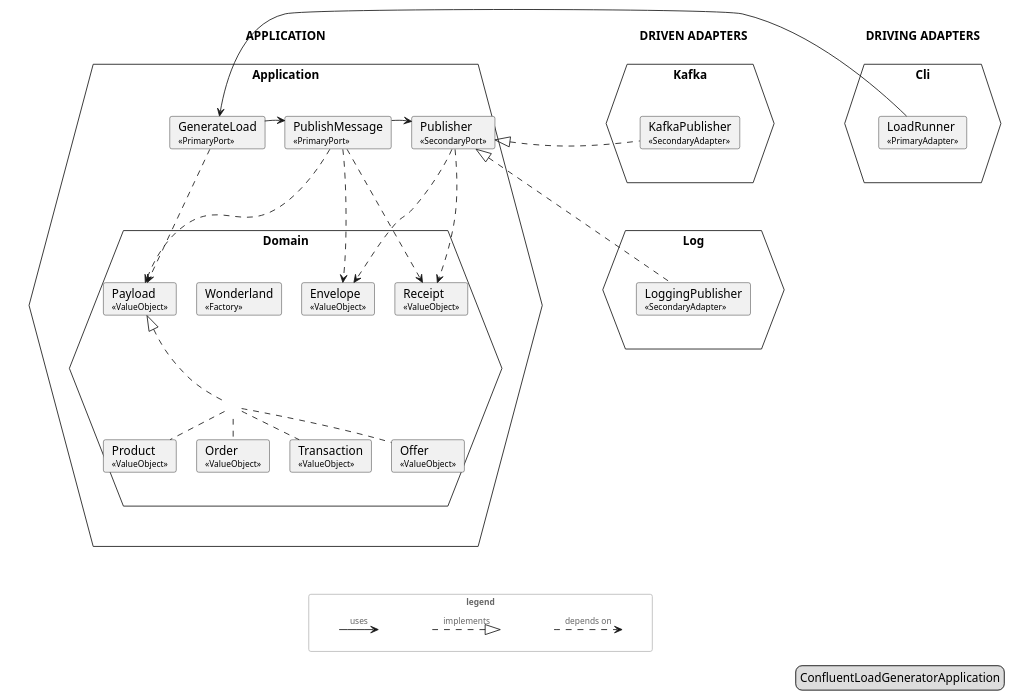
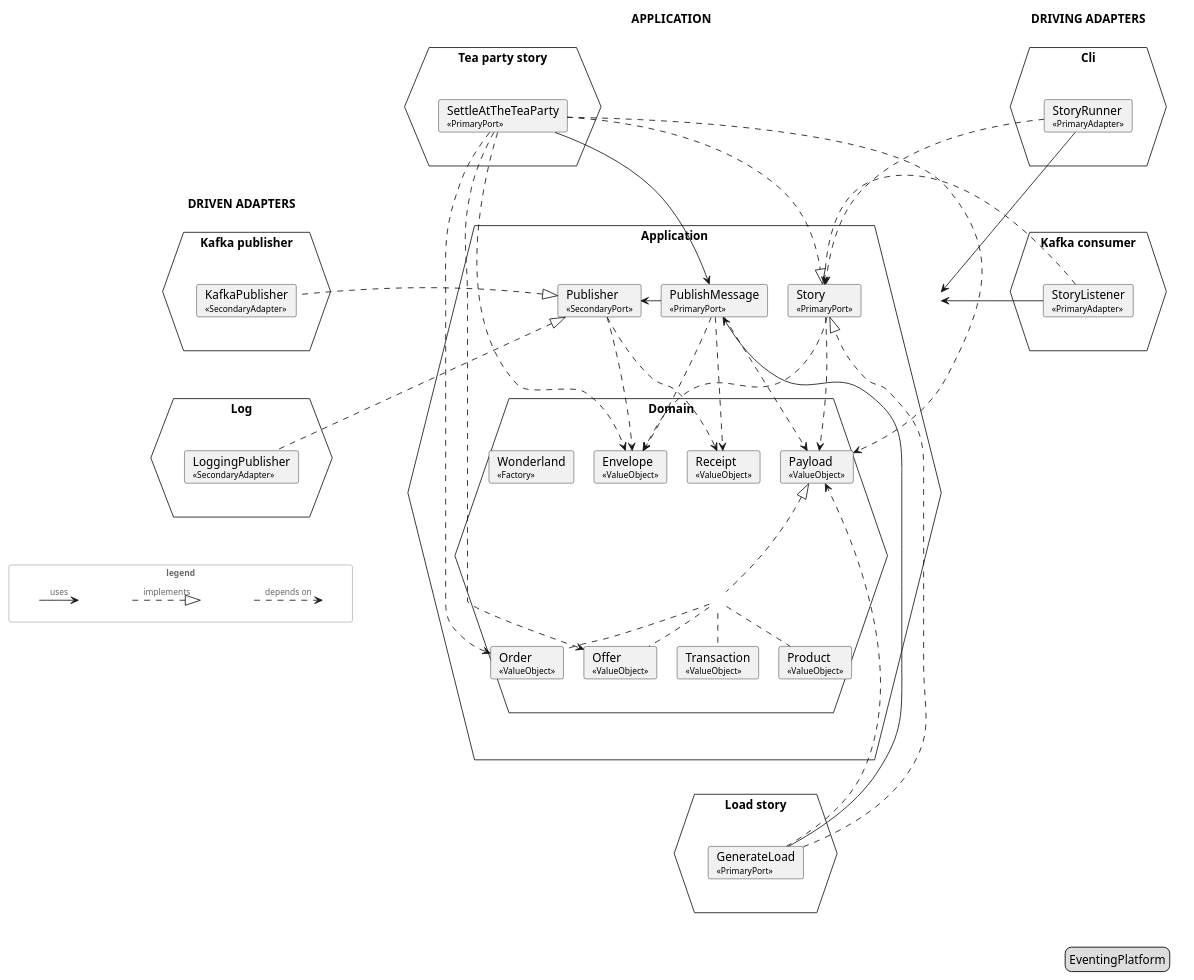
The diagram in docs/generated/architecture/plantuml/hexagon.puml (Mathmagicians/confluent-eventing-playground), drawn with PlantUML before and after one commit. The commit also changed 229 other files, not shown here.

Commit message:
Split the application into eventing-platform, and stories that can interact with it, including a stand-alone example. Stories can bring their own bdd lines, or reuse existing. Flink gets to be orthogonal

```diff
--- a/docs/generated/architecture/plantuml/hexagon.puml
+++ b/docs/generated/architecture/plantuml/hexagon.puml
@@ -1,107 +1,137 @@
 @startuml
 ' the hexagon from the code: Spring Modulith modules placed by their jMolecules stereotypes
 skinparam shadowing false
 skinparam defaultTextAlignment left
 skinparam ranksep 24
 skinparam nodesep 24
 skinparam ArrowFontSize 10
 skinparam ArrowFontColor #666666
 <style>
 hexagon { HorizontalAlignment center }
 rectangle { HorizontalAlignment center }
 </style>
 
 rectangle "DRIVING ADAPTERS" as driving #line:transparent {
   hexagon "Cli" as m_Cli {
     rectangle "<size:1> </size>" as m_Cli_in #line:transparent {
-      card "LoadRunner\n<size:10>«PrimaryAdapter»</size>" as m_Cli_LoadRunner
+      card "StoryRunner\n<size:10>«PrimaryAdapter»</size>" as m_Cli_StoryRunner
     }
   }
+  hexagon "Kafka consumer" as m_Kafka_consumer {
+    rectangle "<size:1> </size>" as m_Kafka_consumer_in #line:transparent {
+      card "StoryListener\n<size:10>«PrimaryAdapter»</size>" as m_Kafka_consumer_StoryListener
+    }
+  }
+  m_Cli_StoryRunner -[hidden]down-> m_Kafka_consumer_StoryListener
 }
 rectangle "APPLICATION" as core #line:transparent {
   hexagon "Application" as m_Application {
     rectangle "<size:1> </size>" as m_Application_in #line:transparent {
-      card "GenerateLoad\n<size:10>«PrimaryPort»</size>" as m_Application_GenerateLoad
       card "PublishMessage\n<size:10>«PrimaryPort»</size>" as m_Application_PublishMessage
+      card "Story\n<size:10>«PrimaryPort»</size>" as m_Application_Story
       card "Publisher\n<size:10>«SecondaryPort»</size>" as m_Application_Publisher
-      m_Application_GenerateLoad -[hidden]right-> m_Application_PublishMessage
-      m_Application_PublishMessage -[hidden]right-> m_Application_Publisher
+      m_Application_PublishMessage -[hidden]right-> m_Application_Story
+      m_Application_Story -[hidden]right-> m_Application_Publisher
       hexagon "Domain" as m_Domain {
         rectangle "<size:1> </size>" as m_Domain_in #line:transparent {
           card "Wonderland\n<size:10>«Factory»</size>" as m_Domain_Wonderland
           card "Envelope\n<size:10>«ValueObject»</size>" as m_Domain_Envelope
           card "Payload\n<size:10>«ValueObject»</size>" as m_Domain_Payload
           card "Offer\n<size:10>«ValueObject»</size>" as m_Domain_Offer
           card "Order\n<size:10>«ValueObject»</size>" as m_Domain_Order
           card "Product\n<size:10>«ValueObject»</size>" as m_Domain_Product
           card "Transaction\n<size:10>«ValueObject»</size>" as m_Domain_Transaction
           label "<size:1> </size>" as m_Domain_Payload_j
           m_Domain_Offer .up. m_Domain_Payload_j
           m_Domain_Order .up. m_Domain_Payload_j
           m_Domain_Product .up. m_Domain_Payload_j
           m_Domain_Transaction .up. m_Domain_Payload_j
           m_Domain_Payload_j .up.|> m_Domain_Payload
           card "Receipt\n<size:10>«ValueObject»</size>" as m_Domain_Receipt
           m_Domain_Wonderland -[hidden]right-> m_Domain_Envelope
           m_Domain_Envelope -[hidden]right-> m_Domain_Payload
           m_Domain_Payload -[hidden]right-> m_Domain_Receipt
           m_Domain_Offer -[hidden]right-> m_Domain_Order
           m_Domain_Order -[hidden]right-> m_Domain_Product
           m_Domain_Product -[hidden]right-> m_Domain_Transaction
           m_Domain_Payload -[hidden]down-> m_Domain_Order
         }
       }
-      m_Application_GenerateLoad -[hidden]down-> m_Domain_Envelope
       m_Application_PublishMessage -[hidden]down-> m_Domain_Envelope
+      m_Application_Story -[hidden]down-> m_Domain_Envelope
       m_Application_Publisher -[hidden]down-> m_Domain_Envelope
     }
   }
+  hexagon "Load story" as m_Load_story {
+    rectangle "<size:1> </size>" as m_Load_story_in #line:transparent {
+      card "GenerateLoad\n<size:10>«PrimaryPort»</size>" as m_Load_story_GenerateLoad
+    }
+  }
+  hexagon "Tea party story" as m_Tea_party_story {
+    rectangle "<size:1> </size>" as m_Tea_party_story_in #line:transparent {
+      card "SettleAtTheTeaParty\n<size:10>«PrimaryPort»</size>" as m_Tea_party_story_SettleAtTheTeaParty
+    }
+  }
+  m_Domain_Offer -[hidden]down-> m_Load_story_GenerateLoad
+  m_Domain_Order -[hidden]down-> m_Load_story_GenerateLoad
+  m_Domain_Product -[hidden]down-> m_Load_story_GenerateLoad
+  m_Domain_Transaction -[hidden]down-> m_Load_story_GenerateLoad
+  m_Load_story_GenerateLoad -[hidden]down-> m_Tea_party_story_SettleAtTheTeaParty
 }
 rectangle "DRIVEN ADAPTERS" as driven #line:transparent {
-  hexagon "Kafka" as m_Kafka {
-    rectangle "<size:1> </size>" as m_Kafka_in #line:transparent {
-      card "KafkaPublisher\n<size:10>«SecondaryAdapter»</size>" as m_Kafka_KafkaPublisher
+  hexagon "Kafka publisher" as m_Kafka_publisher {
+    rectangle "<size:1> </size>" as m_Kafka_publisher_in #line:transparent {
+      card "KafkaPublisher\n<size:10>«SecondaryAdapter»</size>" as m_Kafka_publisher_KafkaPublisher
     }
   }
   hexagon "Log" as m_Log {
     rectangle "<size:1> </size>" as m_Log_in #line:transparent {
       card "LoggingPublisher\n<size:10>«SecondaryAdapter»</size>" as m_Log_LoggingPublisher
     }
   }
-  m_Kafka_KafkaPublisher -[hidden]down-> m_Log_LoggingPublisher
+  m_Kafka_publisher_KafkaPublisher -[hidden]down-> m_Log_LoggingPublisher
 }
 
-m_Application_GenerateLoad -right-> m_Application_PublishMessage
-m_Application_GenerateLoad ..> m_Domain_Payload
 m_Application_PublishMessage -right-> m_Application_Publisher
 m_Application_PublishMessage ..> m_Domain_Envelope
 m_Application_PublishMessage ..> m_Domain_Payload
 m_Application_PublishMessage ..> m_Domain_Receipt
 m_Application_Publisher ..> m_Domain_Envelope
 m_Application_Publisher ..> m_Domain_Receipt
-m_Cli_LoadRunner -right-> m_Application_GenerateLoad
-m_Kafka_KafkaPublisher .left.|> m_Application_Publisher
+m_Application_Story ..> m_Domain_Envelope
+m_Application_Story ..> m_Domain_Payload
+m_Cli_StoryRunner -right-> m_Application
+m_Cli_StoryRunner .right.> m_Application_Story
+m_Kafka_consumer_StoryListener -right-> m_Application
+m_Kafka_consumer_StoryListener .right.> m_Application_Story
+m_Kafka_publisher_KafkaPublisher .left.|> m_Application_Publisher
+m_Load_story_GenerateLoad --> m_Application_PublishMessage
+m_Load_story_GenerateLoad ..|> m_Application_Story
+m_Load_story_GenerateLoad ..> m_Domain_Payload
 m_Log_LoggingPublisher .left.|> m_Application_Publisher
+m_Tea_party_story_SettleAtTheTeaParty --> m_Application_PublishMessage
+m_Tea_party_story_SettleAtTheTeaParty ..|> m_Application_Story
+m_Tea_party_story_SettleAtTheTeaParty ..> m_Domain_Envelope
+m_Tea_party_story_SettleAtTheTeaParty ..> m_Domain_Offer
+m_Tea_party_story_SettleAtTheTeaParty ..> m_Domain_Order
+m_Tea_party_story_SettleAtTheTeaParty ..> m_Domain_Payload
 
 rectangle "<size:10>legend</size>" as legend #line:BBBBBB;text:666666 {
   label " " as l_uses_from
   label " " as l_uses_to
   l_uses_from -right-> l_uses_to : uses
   label " " as l_implements_from
   label " " as l_implements_to
   l_implements_from .right.|> l_implements_to : implements
   label " " as l_depends_on_from
   label " " as l_depends_on_to
   l_depends_on_from .right.> l_depends_on_to : depends on
   l_uses_to -[hidden]right-> l_implements_from
   l_implements_to -[hidden]right-> l_depends_on_from
 }
 m_Log_LoggingPublisher -[hidden]down-> l_uses_from
-m_Domain_Offer -[hidden]down-> l_uses_from
-m_Domain_Order -[hidden]down-> l_uses_from
-m_Domain_Product -[hidden]down-> l_uses_from
-m_Domain_Transaction -[hidden]down-> l_uses_from
+m_Tea_party_story_SettleAtTheTeaParty -[hidden]down-> l_uses_from
 legend right
-  ConfluentLoadGeneratorApplication
+  EventingPlatform
 endlegend
 @enduml
```
